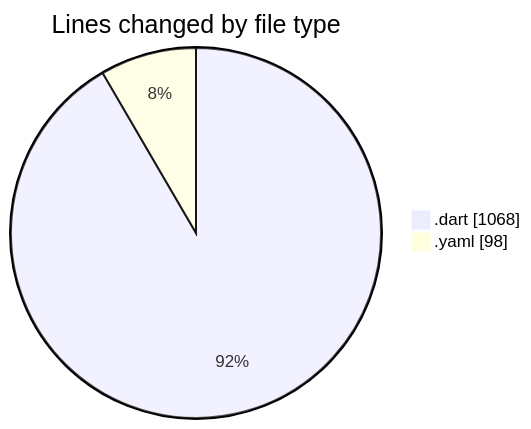
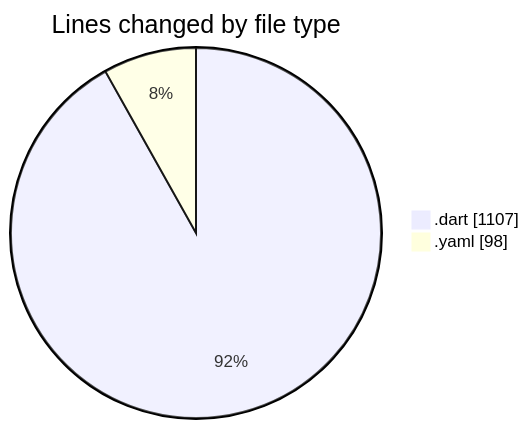
The first of 2 diagrams in 2025-11-01/weather_insights_app/README.md (donsfak/code-tracking), drawn with Mermaid before and after one commit. The commit also changed other lines of this file and 1 other file, not shown here.

````diff
--- a/2025-11-01/weather_insights_app/README.md
+++ b/2025-11-01/weather_insights_app/README.md
@@ -27,6 +27,6 @@
 ```mermaid
 pie showData
 title Lines changed by file type
-".dart" : 1068
+".dart" : 1107
 ".yaml" : 98
 ```
````
